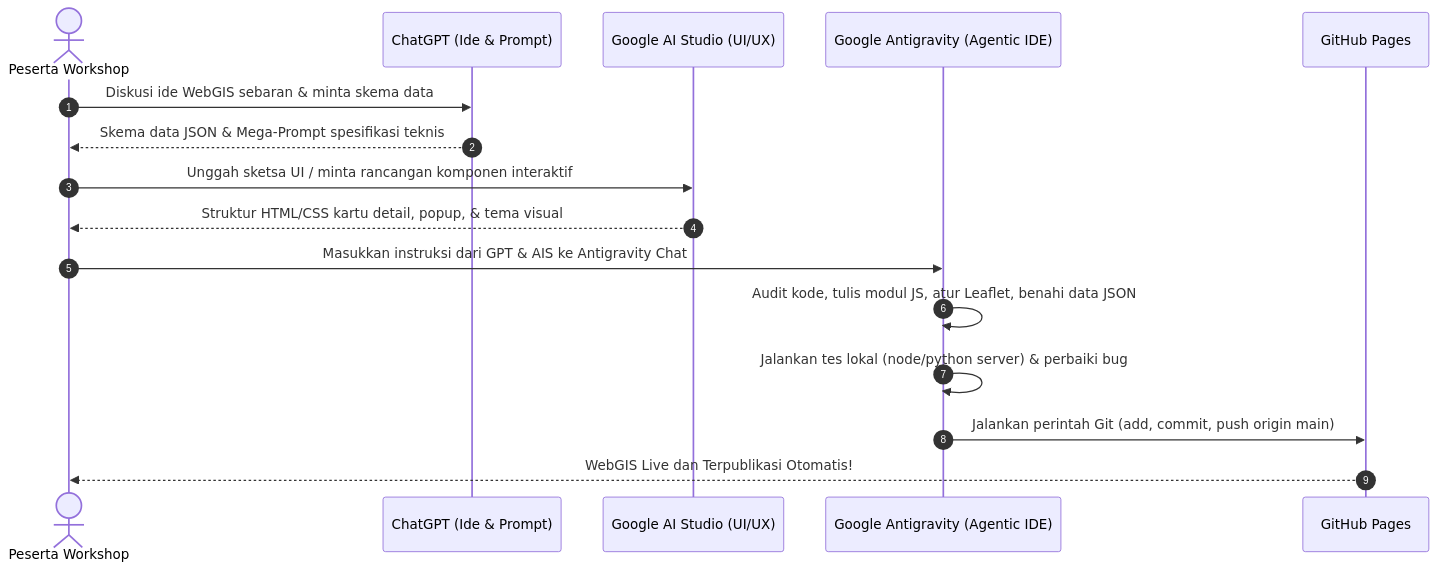
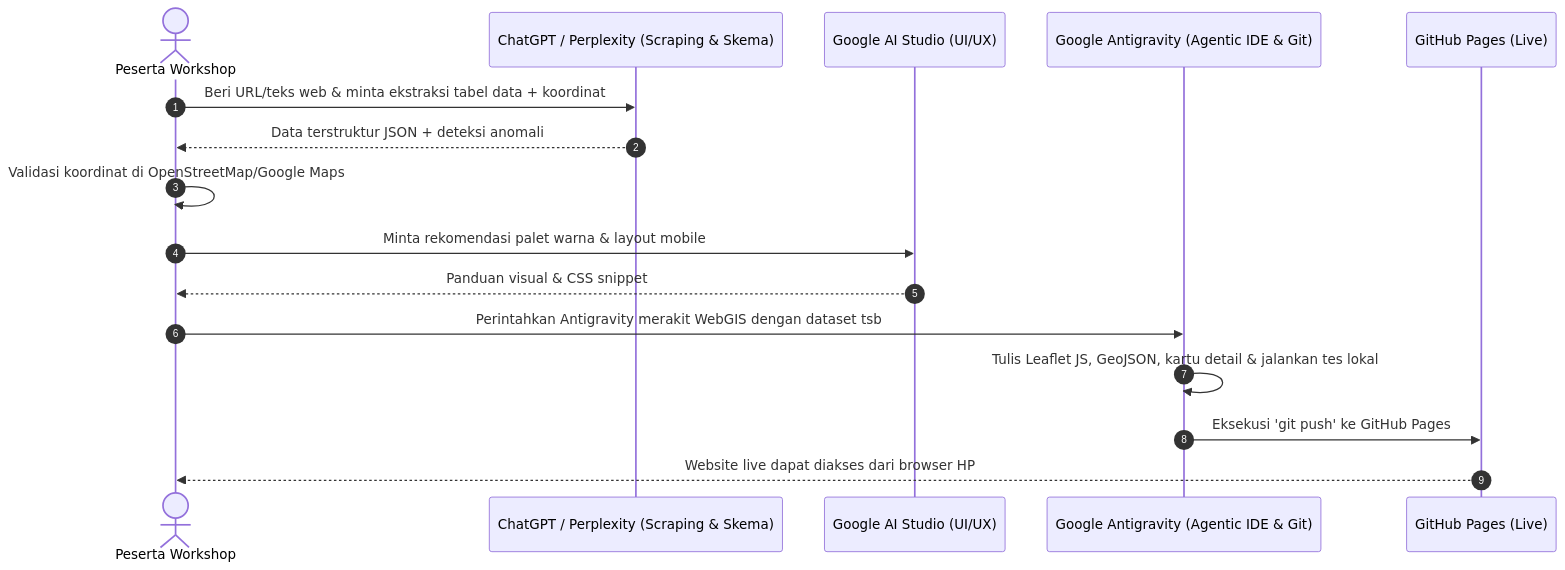
Before and after one commit to tengkuaziez/atlas-sejarah-islam-nusantara: the second of 3 diagrams in docs/PANDUAN_WORKSHOP_AI_WEBGIS.md, drawn with Mermaid. The commit also changed other lines of this file, not shown here.

Commit message:
docs: update workshop guide for 2-hour format with AI scraping, data validation, and custom dataset guide

````diff
--- a/docs/PANDUAN_WORKSHOP_AI_WEBGIS.md
+++ b/docs/PANDUAN_WORKSHOP_AI_WEBGIS.md
@@ -56,19 +60,19 @@
 ```mermaid
 sequenceDiagram
     autonumber
-    actor Pengembang as Peserta Workshop
-    participant GPT as ChatGPT (Ide & Prompt)
-    participant AIS as Google AI Studio (UI/UX)
-    participant AGY as Google Antigravity (Agentic IDE)
-    participant GH as GitHub Pages
+    actor Peserta as Peserta Workshop
+    participant AI1 as ChatGPT / Perplexity (Scraping & Skema)
+    participant AI2 as Google AI Studio (UI/UX)
+    participant AI3 as Google Antigravity (Agentic IDE & Git)
+    participant Web as GitHub Pages (Live)
 
-    Pengembang->>GPT: Diskusi ide WebGIS sebaran & minta skema data
-    GPT-->>Pengembang: Skema data JSON & Mega-Prompt spesifikasi teknis
-    Pengembang->>AIS: Unggah sketsa UI / minta rancangan komponen interaktif
-    AIS-->>Pengembang: Struktur HTML/CSS kartu detail, popup, & tema visual
-    Pengembang->>AGY: Masukkan instruksi dari GPT & AIS ke Antigravity Chat
-    AGY->>AGY: Audit kode, tulis modul JS, atur Leaflet, benahi data JSON
-    AGY->>AGY: Jalankan tes lokal (node/python server) & perbaiki bug
-    AGY->>GH: Jalankan perintah Git (add, commit, push origin main)
-    GH-->>Pengembang: WebGIS Live dan Terpublikasi Otomatis!
+    Peserta->>AI1: Beri URL/teks web & minta ekstraksi tabel data + koordinat
+    AI1-->>Peserta: Data terstruktur JSON + deteksi anomali
+    Peserta->>Peserta: Validasi koordinat di OpenStreetMap/Google Maps
+    Peserta->>AI2: Minta rekomendasi palet warna & layout mobile
+    AI2-->>Peserta: Panduan visual & CSS snippet
+    Peserta->>AI3: Perintahkan Antigravity merakit WebGIS dengan dataset tsb
+    AI3->>AI3: Tulis Leaflet JS, GeoJSON, kartu detail & jalankan tes lokal
+    AI3->>Web: Eksekusi 'git push' ke GitHub Pages
+    Web-->>Peserta: Website live dapat diakses dari browser HP
 ```
````
